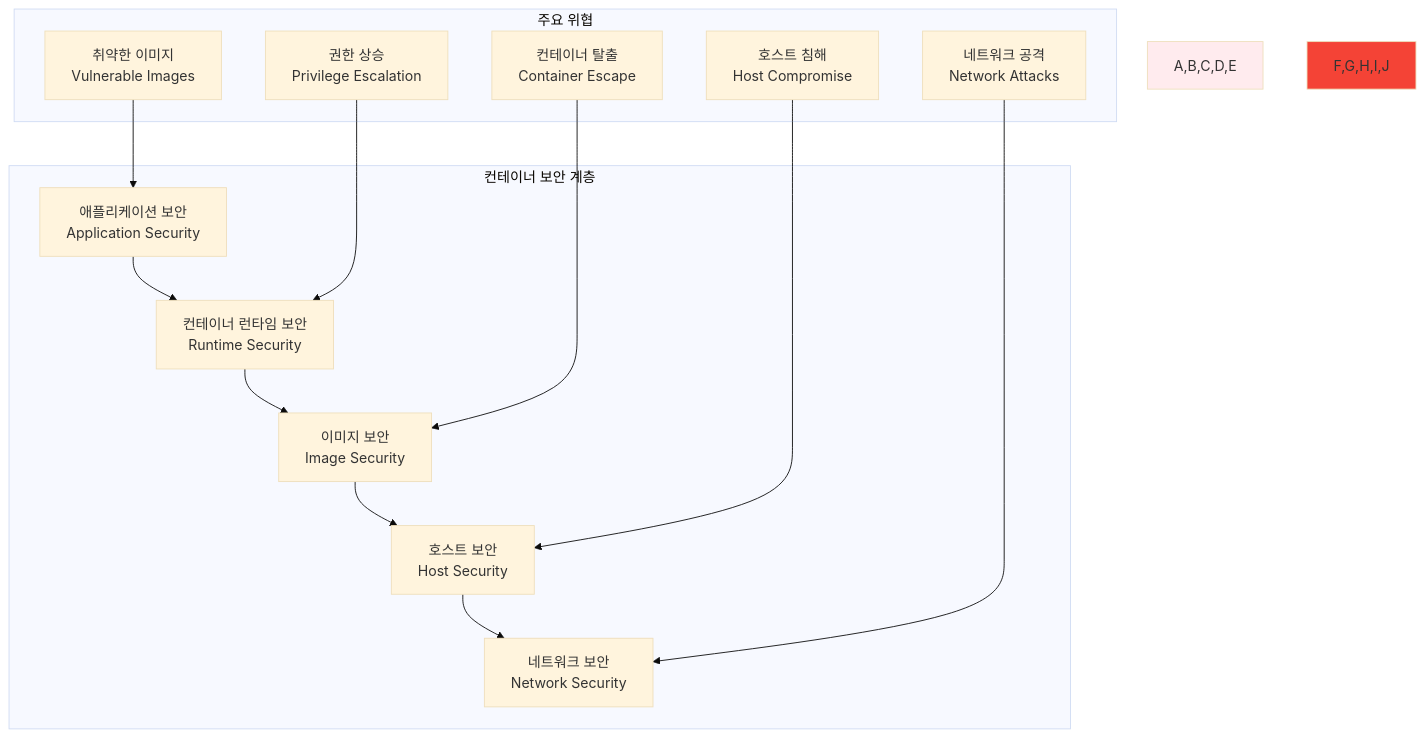
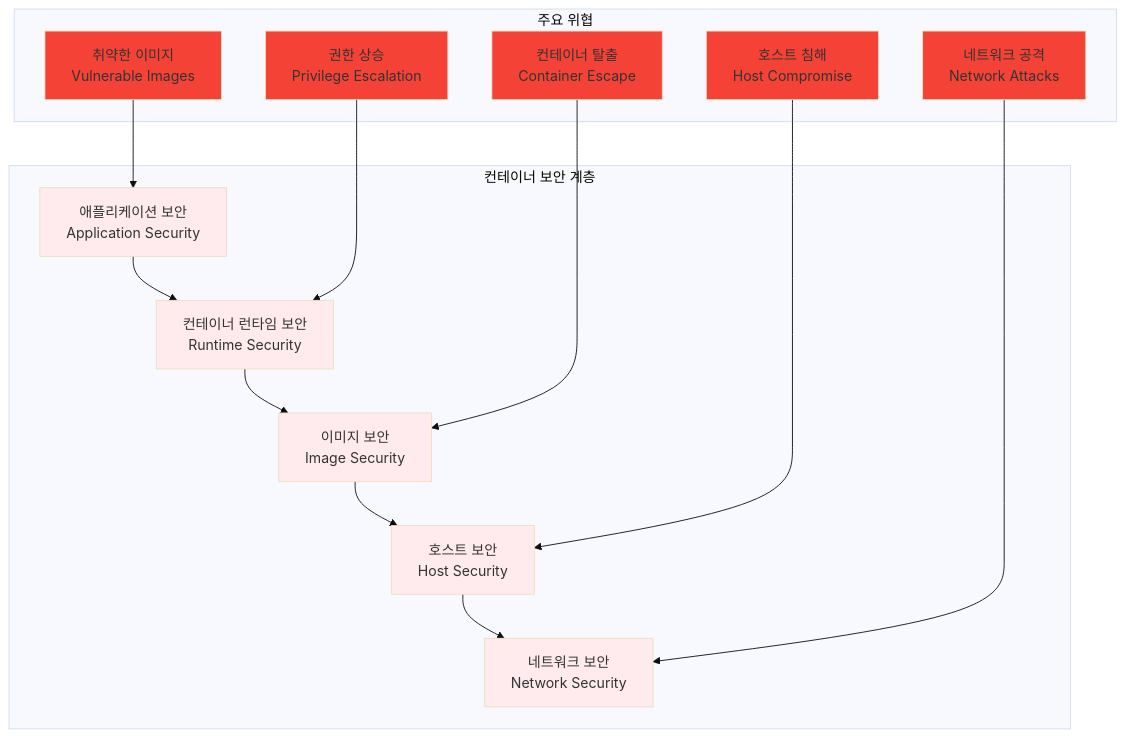
The first of 10 diagrams in theory/week_02/day3/README_corrected.md (niceguy61/kdt_devops_lecture_2025), drawn with Mermaid (base theme) before and after one commit. The commit also changed other lines of this file and 12 other files, not shown here.

Commit message:
mermaid 수정

````diff
--- a/theory/week_02/day3/README_corrected.md
+++ b/theory/week_02/day3/README_corrected.md
@@ -57,20 +57,28 @@
 ```mermaid
 graph TB
     subgraph "컨테이너 보안 계층"
         A[애플리케이션 보안<br/>Application Security] --> B[컨테이너 런타임 보안<br/>Runtime Security]
         B --> C[이미지 보안<br/>Image Security]
         C --> D[호스트 보안<br/>Host Security]
         D --> E[네트워크 보안<br/>Network Security]
     end
     
     subgraph "주요 위협"
         F[취약한 이미지<br/>Vulnerable Images] --> A
         G[권한 상승<br/>Privilege Escalation] --> B
         H[컨테이너 탈출<br/>Container Escape] --> C
         I[호스트 침해<br/>Host Compromise] --> D
         J[네트워크 공격<br/>Network Attacks] --> E
     end
     
-    style A,B,C,D,E fill:#ffebee
-    style F,G,H,I,J fill:#f44336
+    style A fill:#ffebee
+    style B fill:#ffebee
+    style C fill:#ffebee
+    style D fill:#ffebee
+    style E fill:#ffebee
+    style F fill:#f44336
+    style G fill:#f44336
+    style H fill:#f44336
+    style I fill:#f44336
+    style J fill:#f44336
 ```
````
